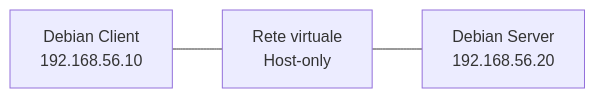
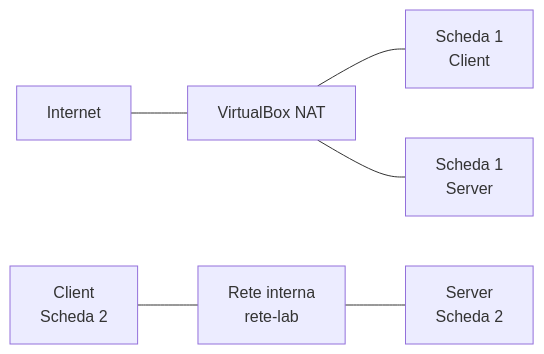
The first of 2 diagrams in 02_virtualizzazione_e_macchine_virtuali/12-09-lezione-9-creare-una-rete-tra-due-macchine-virtuali.md (carmelocastiglione/sistemireti), drawn with Mermaid before and after one commit. The commit also changed other lines of this file and 1 other file, not shown here.

Commit message:
Update lesson on creating a network between two virtual machines with detailed configuration steps and network topology diagrams

````diff
--- a/02_virtualizzazione_e_macchine_virtuali/12-09-lezione-9-creare-una-rete-tra-due-macchine-virtuali.md
+++ b/02_virtualizzazione_e_macchine_virtuali/12-09-lezione-9-creare-una-rete-tra-due-macchine-virtuali.md
@@ -8,9 +17,8 @@
 ``` mermaid
 flowchart LR
-    C[Debian Client<br>192.168.56.10]
-    R[Rete virtuale<br>Host-only]
-    S[Debian Server<br>192.168.56.20]
-
-    C --- R
-    R --- S
+    I[Internet] --- N[VirtualBox NAT]
+    N --- C1[Scheda 1<br>Client]
+    N --- S1[Scheda 1<br>Server]
+    C2[Client<br>Scheda 2] --- R[Rete interna<br>rete-lab]
+    R --- S2[Server<br>Scheda 2]
 ```
````
